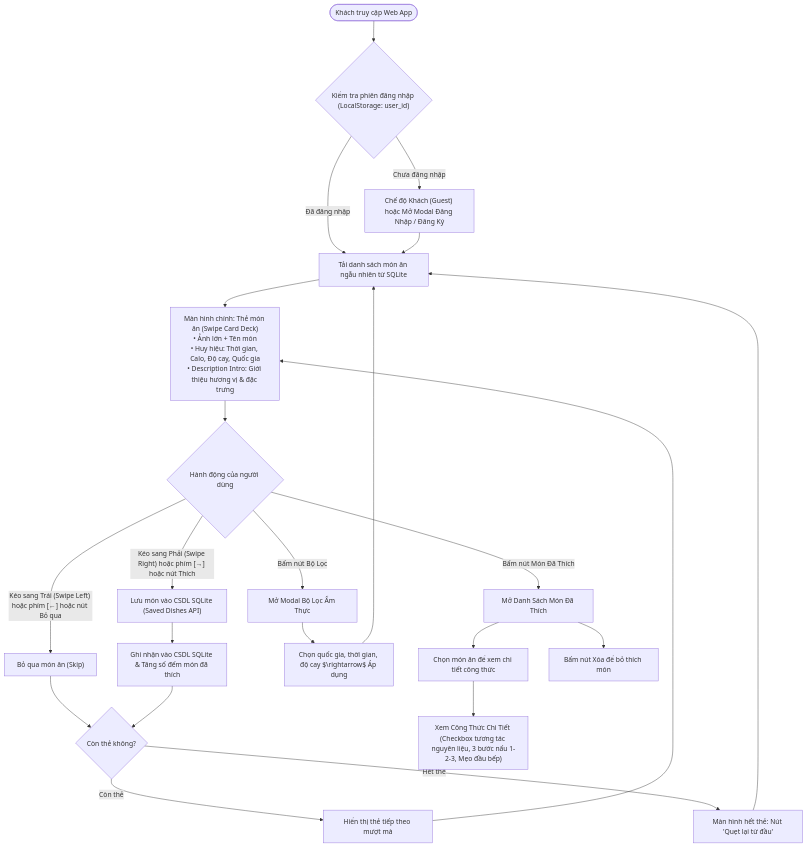
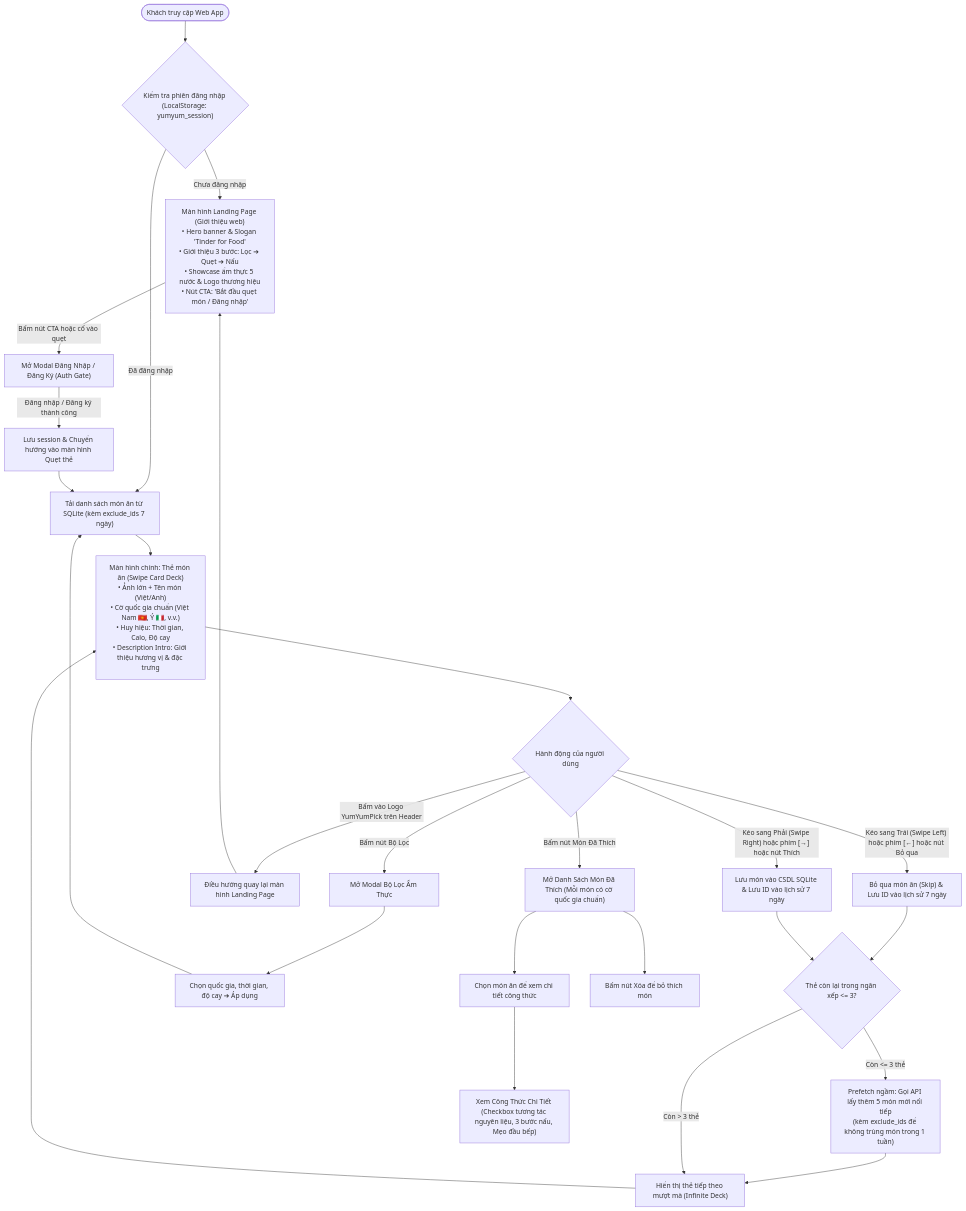
The first of 3 diagrams in docs/03_USER_FLOW_AND_UIUX_SPEC.md (snowwminhduc1212/YumYumPick), drawn with Mermaid before and after one commit. The commit also changed other lines of this file and 3 other files, not shown here.

````diff
--- a/docs/03_USER_FLOW_AND_UIUX_SPEC.md
+++ b/docs/03_USER_FLOW_AND_UIUX_SPEC.md
@@ -9,33 +9,39 @@
 ```mermaid
 flowchart TD
-    Start(["Khách truy cập Web App"]) --> CheckAuth{"Kiểm tra phiên đăng nhập (LocalStorage: user_id)"}
+    Start(["Khách truy cập Web App"]) --> CheckAuth{"Kiểm tra phiên đăng nhập (LocalStorage: yumyum_session)"}
     
-    CheckAuth -- "Chưa đăng nhập" --> GuestMode["Chế độ Khách (Guest) hoặc Mở Modal Đăng Nhập / Đăng Ký"]
-    CheckAuth -- "Đã đăng nhập" --> LoadCards["Tải danh sách món ăn ngẫu nhiên từ SQLite"]
-    GuestMode --> LoadCards
+    CheckAuth -- "Chưa đăng nhập" --> LandingScreen["Màn hình Landing Page (Giới thiệu web)\n• Hero banner & Slogan 'Tinder for Food'\n• Giới thiệu 3 bước: Lọc ➔ Quẹt ➔ Nấu\n• Showcase ẩm thực 5 nước & Logo thương hiệu\n• Nút CTA: 'Bắt đầu quẹt món / Đăng nhập'"]
     
-    LoadCards --> MainScreen["Màn hình chính: Thẻ món ăn (Swipe Card Deck)\n• Ảnh lớn + Tên món\n• Huy hiệu: Thời gian, Calo, Độ cay, Quốc gia\n• Description Intro: Giới thiệu hương vị & đặc trưng"]
+    LandingScreen -- "Bấm nút CTA hoặc cố vào quẹt" --> OpenAuth["Mở Modal Đăng Nhập / Đăng Ký (Auth Gate)"]
+    OpenAuth -- "Đăng nhập / Đăng ký thành công" --> SetSession["Lưu session & Chuyển hướng vào màn hình Quẹt thẻ"]
+    
+    CheckAuth -- "Đã đăng nhập" --> LoadCards["Tải danh sách món ăn từ SQLite (kèm exclude_ids 7 ngày)"]
+    SetSession --> LoadCards
+    
+    LoadCards --> MainScreen["Màn hình chính: Thẻ món ăn (Swipe Card Deck)\n• Ảnh lớn + Tên món (Việt/Anh)\n• Cờ quốc gia chuẩn (Việt Nam 🇻🇳, Ý 🇮🇹, v.v.)\n• Huy hiệu: Thời gian, Calo, Độ cay\n• Description Intro: Giới thiệu hương vị & đặc trưng"]
     
     MainScreen --> Decision{"Hành động của người dùng"}
     
-    Decision -- "Kéo sang Trái (Swipe Left) hoặc phím [←] hoặc nút Bỏ qua" --> SkipDish["Bỏ qua món ăn (Skip)"]
-    SkipDish --> CheckMore{"Còn thẻ không?"}
+    Decision -- "Kéo sang Trái (Swipe Left) hoặc phím [←] hoặc nút Bỏ qua" --> SkipDish["Bỏ qua món ăn (Skip) & Lưu ID vào lịch sử 7 ngày"]
+    Decision -- "Kéo sang Phải (Swipe Right) hoặc phím [→] hoặc nút Thích" --> PickDish["Lưu món vào CSDL SQLite & Lưu ID vào lịch sử 7 ngày"]
     
-    Decision -- "Kéo sang Phải (Swipe Right) hoặc phím [→] hoặc nút Thích" --> PickDish["Lưu món vào CSDL SQLite (Saved Dishes API)"]
-    PickDish --> ShowToast["Ghi nhận vào CSDL SQLite & Tăng số đếm món đã thích"]
-    ShowToast --> CheckMore
+    SkipDish --> CheckPrefetch{"Thẻ còn lại trong ngăn xếp <= 3?"}
+    PickDish --> CheckPrefetch
+    
+    CheckPrefetch -- "Còn <= 3 thẻ" --> AutoPrefetch["Prefetch ngầm: Gọi API lấy thêm 5 món mới nối tiếp\n(kèm exclude_ids để không trùng món trong 1 tuần)"]
+    AutoPrefetch --> NextCard["Hiển thị thẻ tiếp theo mượt mà (Infinite Deck)"]
+    CheckPrefetch -- "Còn > 3 thẻ" --> NextCard
+    NextCard --> MainScreen
+    
+    Decision -- "Bấm vào Logo YumYumPick trên Header" --> BackToLanding["Điều hướng quay lại màn hình Landing Page"]
+    BackToLanding --> LandingScreen
     
     Decision -- "Bấm nút Bộ Lọc" --> OpenFilter["Mở Modal Bộ Lọc Ẩm Thực"]
-    OpenFilter --> ApplyFilter["Chọn quốc gia, thời gian, độ cay $\rightarrow$ Áp dụng"]
+    OpenFilter --> ApplyFilter["Chọn quốc gia, thời gian, độ cay ➔ Áp dụng"]
     ApplyFilter --> LoadCards
     
-    Decision -- "Bấm nút Món Đã Thích" --> SavedScreen["Mở Danh Sách Món Đã Thích"]
+    Decision -- "Bấm nút Món Đã Thích" --> SavedScreen["Mở Danh Sách Món Đã Thích (Mỗi món có cờ quốc gia chuẩn)"]
     SavedScreen --> SelectSaved["Chọn món ăn để xem chi tiết công thức"]
     SavedScreen --> DeleteSaved["Bấm nút Xóa để bỏ thích món"]
-    SelectSaved --> FullRecipeModal["Xem Công Thức Chi Tiết (Checkbox tương tác nguyên liệu, 3 bước nấu 1-2-3, Mẹo đầu bếp)"]
-    
-    CheckMore -- "Còn thẻ" --> NextCard["Hiển thị thẻ tiếp theo mượt mà"]
-    NextCard --> MainScreen
-    CheckMore -- "Hết thẻ" --> EmptyState["Màn hình hết thẻ: Nút 'Quẹt lại từ đầu'"]
-    EmptyState --> LoadCards
+    SelectSaved --> FullRecipeModal["Xem Công Thức Chi Tiết (Checkbox tương tác nguyên liệu, 3 bước nấu, Mẹo đầu bếp)"]
 ```
````
